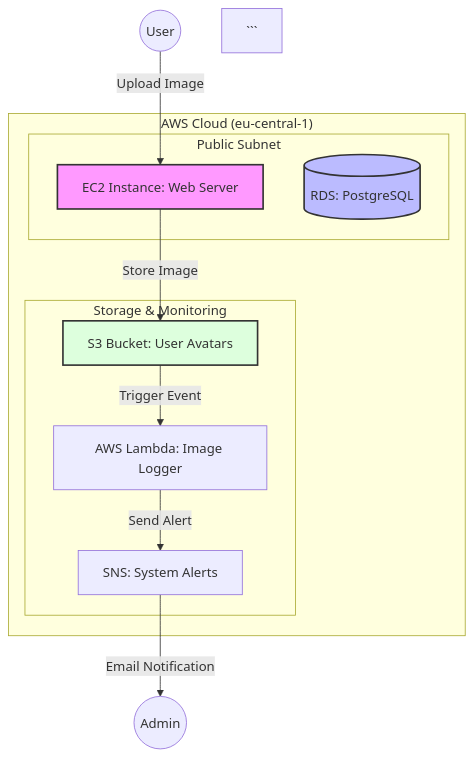
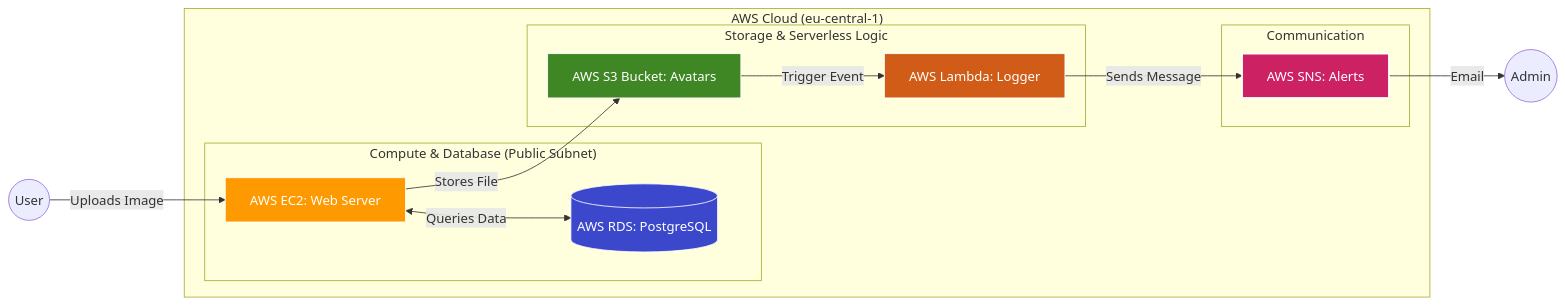
The diagram in README.md (Zorropy/AWS_grocery), drawn with Mermaid before and after one commit.

Commit message:
Final version of documentation

````diff
--- a/README.md
+++ b/README.md
@@ -77,28 +77,35 @@
 ```mermaid
-graph TD
-    subgraph "AWS Cloud (eu-central-1)"
-        subgraph "Public Subnet"
-            EC2[EC2 Instance: Web Server]
-            RDS[(RDS: PostgreSQL)]
+graph LR
+    %% Definition der Cloud Umgebung
+    subgraph AWS_Cloud ["AWS Cloud (eu-central-1)"]
+        
+        subgraph Compute_DB ["Compute & Database (Public Subnet)"]
+            EC2[AWS EC2: Web Server]
+            RDS[(AWS RDS: PostgreSQL)]
         end
 
-        subgraph "Storage & Monitoring"
-            S3[S3 Bucket: User Avatars]
-            Lambda[AWS Lambda: Image Logger]
-            SNS[SNS: System Alerts]
+        subgraph Storage_Serverless ["Storage & Serverless Logic"]
+            S3[AWS S3 Bucket: Avatars]
+            Lambda[AWS Lambda: Logger]
+        end
+
+        subgraph Comms ["Communication"]
+            SNS[AWS SNS: Alerts]
         end
     end
 
-    User((User)) -->|Upload Image| EC2
-    EC2 -->|Store Image| S3
+    %% Datenfluss
+    User((User)) -->|Uploads Image| EC2
+    EC2 -->|Stores File| S3
+    EC2 <-->|Queries Data| RDS
     S3 -->|Trigger Event| Lambda
-    Lambda -->|Send Alert| SNS
-    SNS -->|Email Notification| Admin((Admin))
+    Lambda -->|Sends Message| SNS
+    SNS -->|Email| Admin((Admin))
 
-    style EC2 fill:#f9f,stroke:#333,stroke-width:2px
-    style RDS fill:#bbf,stroke:#333,stroke-width:2px
-    style S3 fill:#dfd,stroke:#333,stroke-width:2px 
-    ```
-
-
-```
+    %% Styling für AWS Look
+    style EC2 fill:#FF9900,stroke:#fff,color:#fff
+    style S3 fill:#3F8624,stroke:#fff,color:#fff
+    style RDS fill:#3B48CC,stroke:#fff,color:#fff
+    style Lambda fill:#D05C17,stroke:#fff,color:#fff
+    style SNS fill:#CC2264,stroke:#fff,color:#fff,stroke-width:2px 
+```    
````
